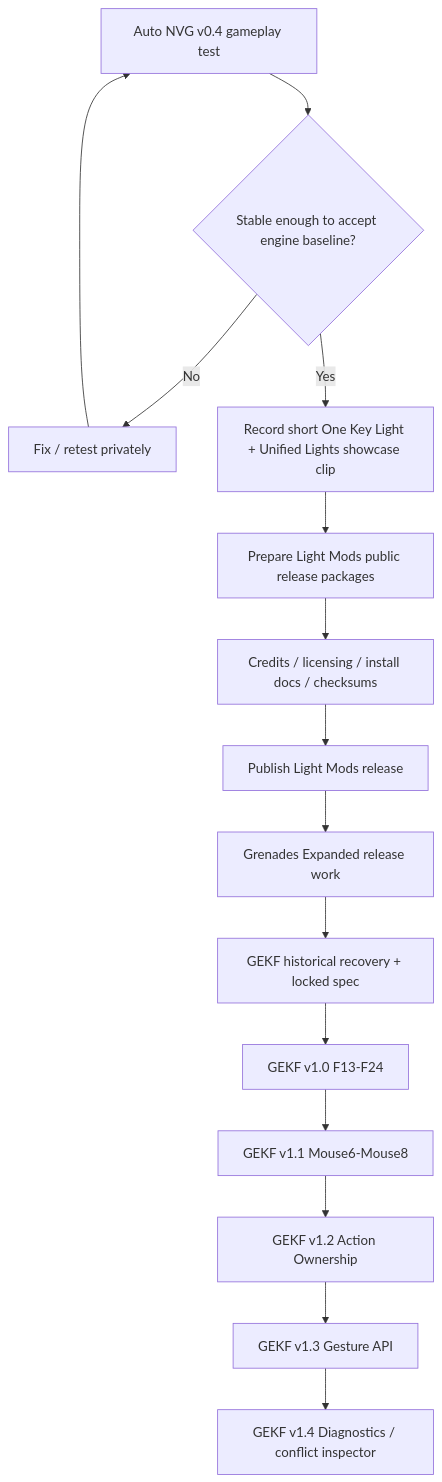
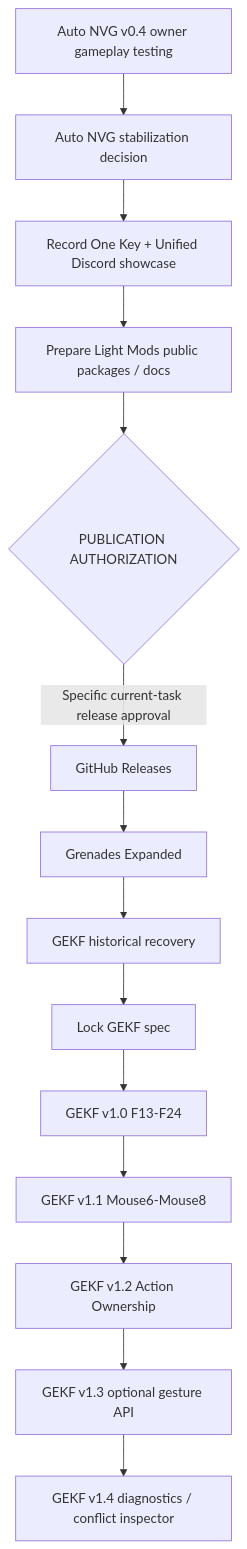
Before and after one commit to ProfessorMaterialistic/GAMMA-Mod-Releases: the diagram in ROADMAP.md, drawn with Mermaid. The commit also changed other lines of this file and 4 other files, not shown here.

Commit message:
Add visual roadmap and explicit release workflow

````diff
--- a/ROADMAP.md
+++ b/ROADMAP.md
@@ -7,17 +7,16 @@
 ```mermaid
 flowchart TD
-    A[Auto NVG v0.4 gameplay test] --> B{Stable enough to accept engine baseline?}
-    B -->|No| A1[Fix / retest privately]
-    A1 --> A
-    B -->|Yes| C[Record short One Key Light + Unified Lights showcase clip]
-    C --> D[Prepare Light Mods public release packages]
-    D --> E[Credits / licensing / install docs / checksums]
-    E --> F[Publish Light Mods release]
-    F --> G[Grenades Expanded release work]
-    G --> H[GEKF historical recovery + locked spec]
-    H --> I[GEKF v1.0 F13-F24]
-    I --> J[GEKF v1.1 Mouse6-Mouse8]
-    J --> K[GEKF v1.2 Action Ownership]
-    K --> L[GEKF v1.3 Gesture API]
-    L --> M[GEKF v1.4 Diagnostics / conflict inspector]
+    A["Auto NVG v0.4 owner gameplay testing"] --> B["Auto NVG stabilization decision"]
+    B --> C["Record One Key + Unified Discord showcase"]
+    C --> D["Prepare Light Mods public packages / docs"]
+    D --> E{"PUBLICATION AUTHORIZATION"}
+    E -->|"Specific current-task release approval"| F["GitHub Releases"]
+    F --> G["Grenades Expanded"]
+    G --> H["GEKF historical recovery"]
+    H --> I["Lock GEKF spec"]
+    I --> J["GEKF v1.0 F13-F24"]
+    J --> K["GEKF v1.1 Mouse6-Mouse8"]
+    K --> L["GEKF v1.2 Action Ownership"]
+    L --> M["GEKF v1.3 optional gesture API"]
+    M --> N["GEKF v1.4 diagnostics / conflict inspector"]
 ```
````
